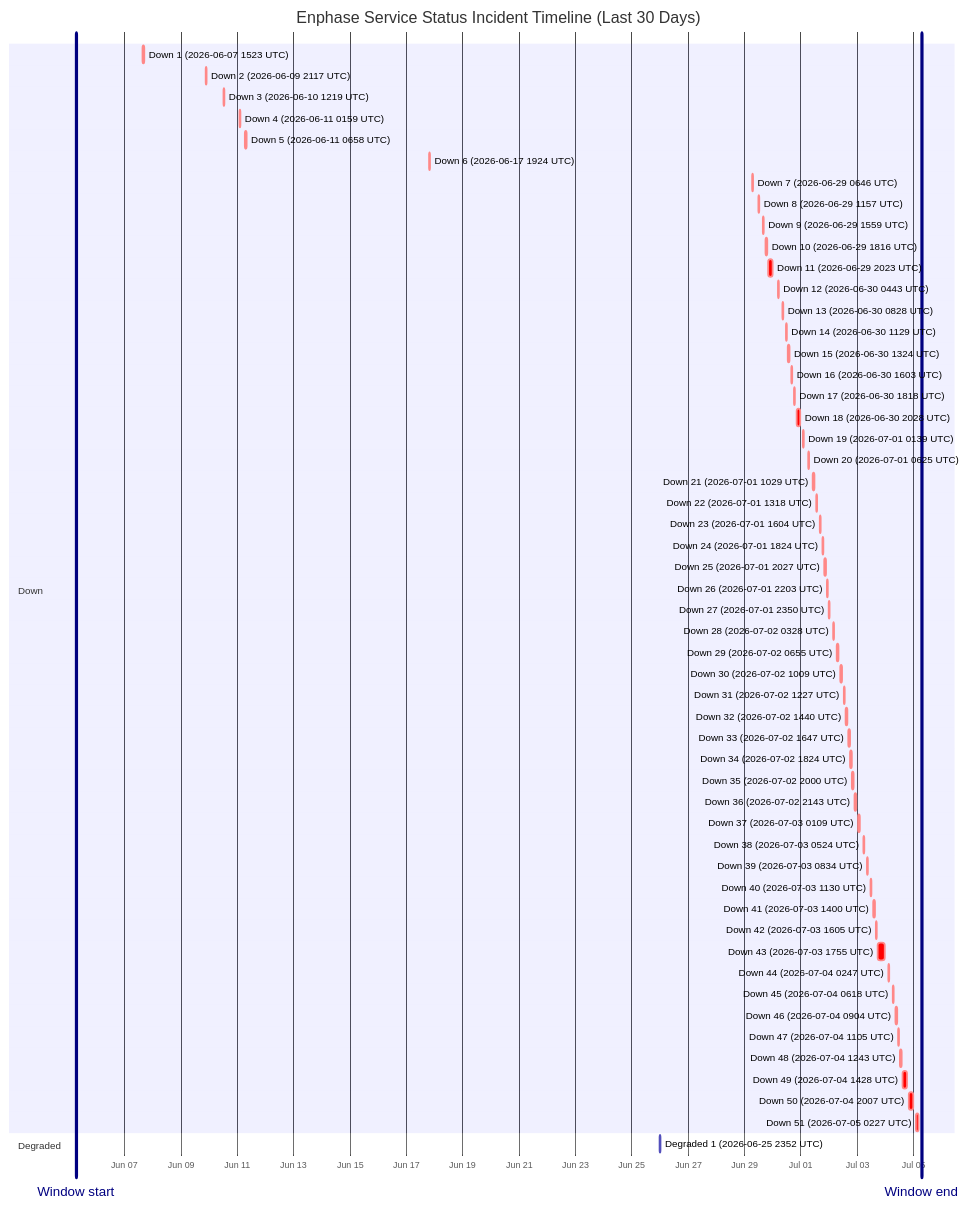
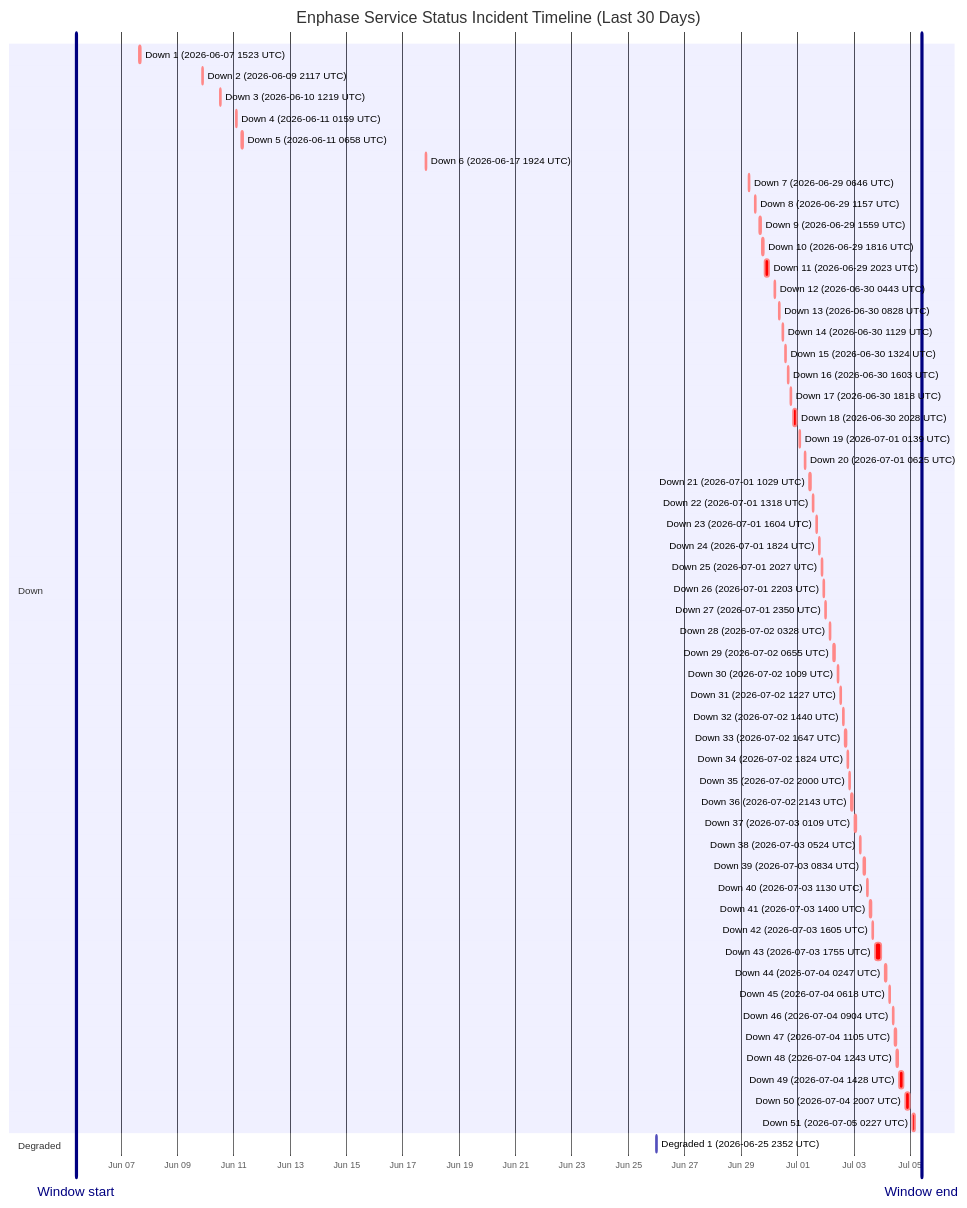
Before and after one commit to barneyonline/ha-enphase-energy: the diagram in wiki/Service-Status-History.md, drawn with Mermaid. The commit also changed other lines of this file and 3 other files, not shown here.

````diff
--- a/wiki/Service-Status-History.md
+++ b/wiki/Service-Status-History.md
@@ -14,62 +14,62 @@
 ```mermaid
 gantt
     title Enphase Service Status Incident Timeline (Last 30 Days)
     dateFormat  YYYY-MM-DDTHH:mm:ss
     axisFormat  %b %d
-    Window start :vert, window-start, 2026-06-05T06:45:47, 0ms
-    Window end :vert, window-end, 2026-07-05T06:45:47, 0ms
+    Window start :vert, window-start, 2026-06-05T09:41:12, 0ms
+    Window end :vert, window-end, 2026-07-05T09:41:12, 0ms
     section Down
     Down 1 (2026-06-07 1523 UTC) :crit, down-1, 2026-06-07T15:23:22, 87m
     Down 2 (2026-06-09 2117 UTC) :crit, down-2, 2026-06-09T21:17:17, 60m
     Down 3 (2026-06-10 1219 UTC) :crit, down-3, 2026-06-10T12:19:21, 60m
     Down 4 (2026-06-11 0159 UTC) :crit, down-4, 2026-06-11T01:59:36, 60m
     Down 5 (2026-06-11 0658 UTC) :crit, down-5, 2026-06-11T06:58:45, 60m
     Down 6 (2026-06-17 1924 UTC) :crit, down-6, 2026-06-17T19:24:51, 60m
     Down 7 (2026-06-29 0646 UTC) :crit, down-7, 2026-06-29T06:46:18, 60m
     Down 8 (2026-06-29 1157 UTC) :crit, down-8, 2026-06-29T11:57:36, 60m
     Down 9 (2026-06-29 1559 UTC) :crit, down-9, 2026-06-29T15:59:02, 60m
     Down 10 (2026-06-29 1816 UTC) :crit, down-10, 2026-06-29T18:16:38, 60m
     Down 11 (2026-06-29 2023 UTC) :crit, down-11, 2026-06-29T20:23:16, 220m
     Down 12 (2026-06-30 0443 UTC) :crit, down-12, 2026-06-30T04:43:54, 60m
     Down 13 (2026-06-30 0828 UTC) :crit, down-13, 2026-06-30T08:28:43, 60m
     Down 14 (2026-06-30 1129 UTC) :crit, down-14, 2026-06-30T11:29:15, 60m
     Down 15 (2026-06-30 1324 UTC) :crit, down-15, 2026-06-30T13:24:25, 60m
     Down 16 (2026-06-30 1603 UTC) :crit, down-16, 2026-06-30T16:03:26, 60m
     Down 17 (2026-06-30 1818 UTC) :crit, down-17, 2026-06-30T18:18:39, 60m
     Down 18 (2026-06-30 2028 UTC) :crit, down-18, 2026-06-30T20:28:54, 171m
     Down 19 (2026-07-01 0139 UTC) :crit, down-19, 2026-07-01T01:39:18, 60m
     Down 20 (2026-07-01 0625 UTC) :crit, down-20, 2026-07-01T06:25:35, 60m
     Down 21 (2026-07-01 1029 UTC) :crit, down-21, 2026-07-01T10:29:24, 60m
     Down 22 (2026-07-01 1318 UTC) :crit, down-22, 2026-07-01T13:18:31, 60m
     Down 23 (2026-07-01 1604 UTC) :crit, down-23, 2026-07-01T16:04:29, 60m
     Down 24 (2026-07-01 1824 UTC) :crit, down-24, 2026-07-01T18:24:21, 60m
     Down 25 (2026-07-01 2027 UTC) :crit, down-25, 2026-07-01T20:27:17, 60m
     Down 26 (2026-07-01 2203 UTC) :crit, down-26, 2026-07-01T22:03:46, 60m
     Down 27 (2026-07-01 2350 UTC) :crit, down-27, 2026-07-01T23:50:52, 60m
     Down 28 (2026-07-02 0328 UTC) :crit, down-28, 2026-07-02T03:28:33, 60m
     Down 29 (2026-07-02 0655 UTC) :crit, down-29, 2026-07-02T06:55:07, 60m
     Down 30 (2026-07-02 1009 UTC) :crit, down-30, 2026-07-02T10:09:15, 60m
     Down 31 (2026-07-02 1227 UTC) :crit, down-31, 2026-07-02T12:27:49, 60m
     Down 32 (2026-07-02 1440 UTC) :crit, down-32, 2026-07-02T14:40:53, 60m
     Down 33 (2026-07-02 1647 UTC) :crit, down-33, 2026-07-02T16:47:47, 60m
     Down 34 (2026-07-02 1824 UTC) :crit, down-34, 2026-07-02T18:24:26, 60m
     Down 35 (2026-07-02 2000 UTC) :crit, down-35, 2026-07-02T20:00:57, 60m
     Down 36 (2026-07-02 2143 UTC) :crit, down-36, 2026-07-02T21:43:52, 80m
     Down 37 (2026-07-03 0109 UTC) :crit, down-37, 2026-07-03T01:09:19, 60m
     Down 38 (2026-07-03 0524 UTC) :crit, down-38, 2026-07-03T05:24:23, 60m
     Down 39 (2026-07-03 0834 UTC) :crit, down-39, 2026-07-03T08:34:05, 60m
     Down 40 (2026-07-03 1130 UTC) :crit, down-40, 2026-07-03T11:30:41, 60m
     Down 41 (2026-07-03 1400 UTC) :crit, down-41, 2026-07-03T14:00:48, 60m
     Down 42 (2026-07-03 1605 UTC) :crit, down-42, 2026-07-03T16:05:49, 60m
     Down 43 (2026-07-03 1755 UTC) :crit, down-43, 2026-07-03T17:55:54, 338m
     Down 44 (2026-07-04 0247 UTC) :crit, down-44, 2026-07-04T02:47:22, 60m
     Down 45 (2026-07-04 0618 UTC) :crit, down-45, 2026-07-04T06:18:09, 60m
     Down 46 (2026-07-04 0904 UTC) :crit, down-46, 2026-07-04T09:04:41, 60m
     Down 47 (2026-07-04 1105 UTC) :crit, down-47, 2026-07-04T11:05:21, 60m
     Down 48 (2026-07-04 1243 UTC) :crit, down-48, 2026-07-04T12:43:25, 60m
     Down 49 (2026-07-04 1428 UTC) :crit, down-49, 2026-07-04T14:28:07, 243m
     Down 50 (2026-07-04 2007 UTC) :crit, down-50, 2026-07-04T20:07:50, 206m
     Down 51 (2026-07-05 0227 UTC) :crit, down-51, 2026-07-05T02:27:32, 109m
     section Degraded
     Degraded 1 (2026-06-25 2352 UTC) :active, degraded-1, 2026-06-25T23:52:01, 60m
 ```
````
